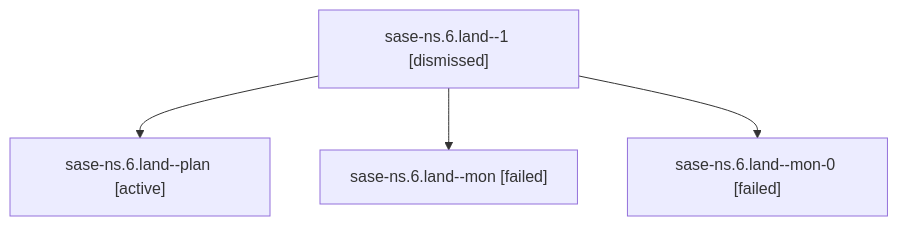
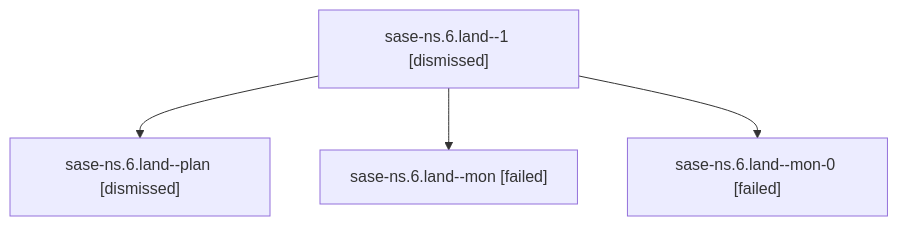
The diagram in sessions/bbugyi200.athena.sase-ns.6.land.md (sase-org/sase--agents), drawn with Mermaid before and after one commit. The commit also changed other lines of this file and 134 other files, not shown here.

````diff
--- a/sessions/bbugyi200.athena.sase-ns.6.land.md
+++ b/sessions/bbugyi200.athena.sase-ns.6.land.md
@@ -9,10 +9,10 @@
 ```mermaid
 flowchart TD
   n0["sase-ns.6.land--1 [dismissed]"]
-  n1["sase-ns.6.land--plan [active]"]
+  n1["sase-ns.6.land--plan [dismissed]"]
   n0 --> n1
   n2["sase-ns.6.land--mon [failed]"]
   n0 --> n2
   n3["sase-ns.6.land--mon-0 [failed]"]
   n0 --> n3
 ```
````
